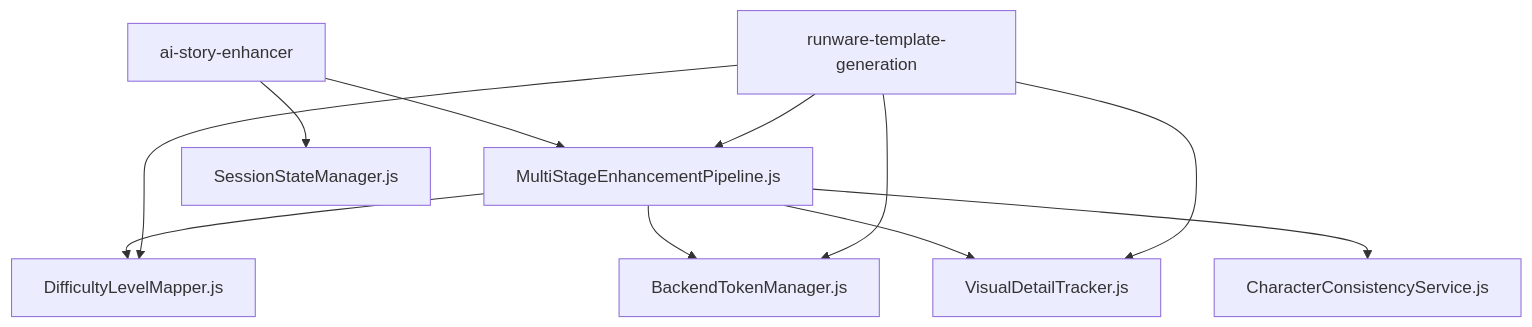
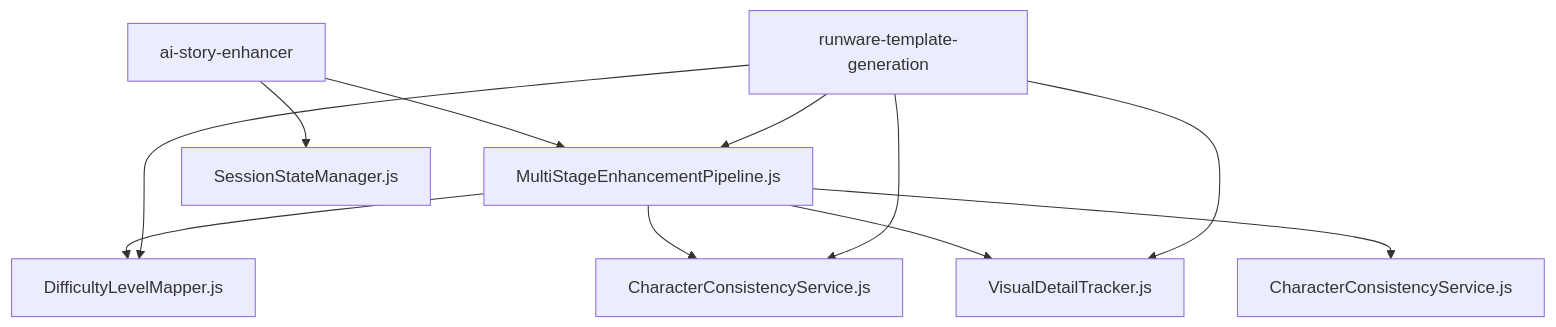
Before and after one commit to seq23/dailystory: the diagram in docs/IMPORT_ARCHITECTURE_RECOVERY.md, drawn with Mermaid. The commit also changed other lines of this file and 7 other files, not shown here.

````diff
--- a/docs/IMPORT_ARCHITECTURE_RECOVERY.md
+++ b/docs/IMPORT_ARCHITECTURE_RECOVERY.md
@@ -110,15 +107,15 @@
 ```mermaid
 graph TD
     A[MultiStageEnhancementPipeline.js] --> B[DifficultyLevelMapper.js]
-    A --> C[BackendTokenManager.js]
+    A --> C[CharacterConsistencyService.js]
     A --> D[VisualDetailTracker.js]
     A --> E[CharacterConsistencyService.js]
     
     F[ai-story-enhancer] --> A
     F --> G[SessionStateManager.js]
     
     H[runware-template-generation] --> A
     H --> B
     H --> C
     H --> D
 ```
````
